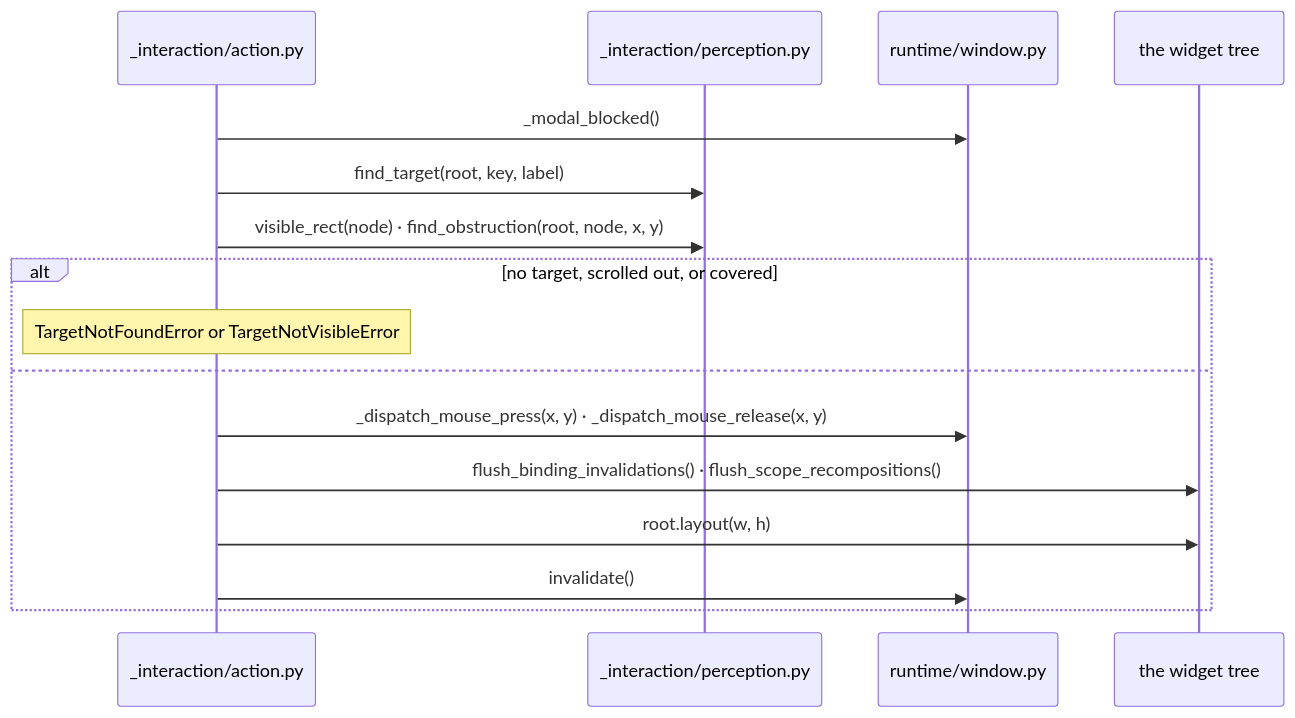
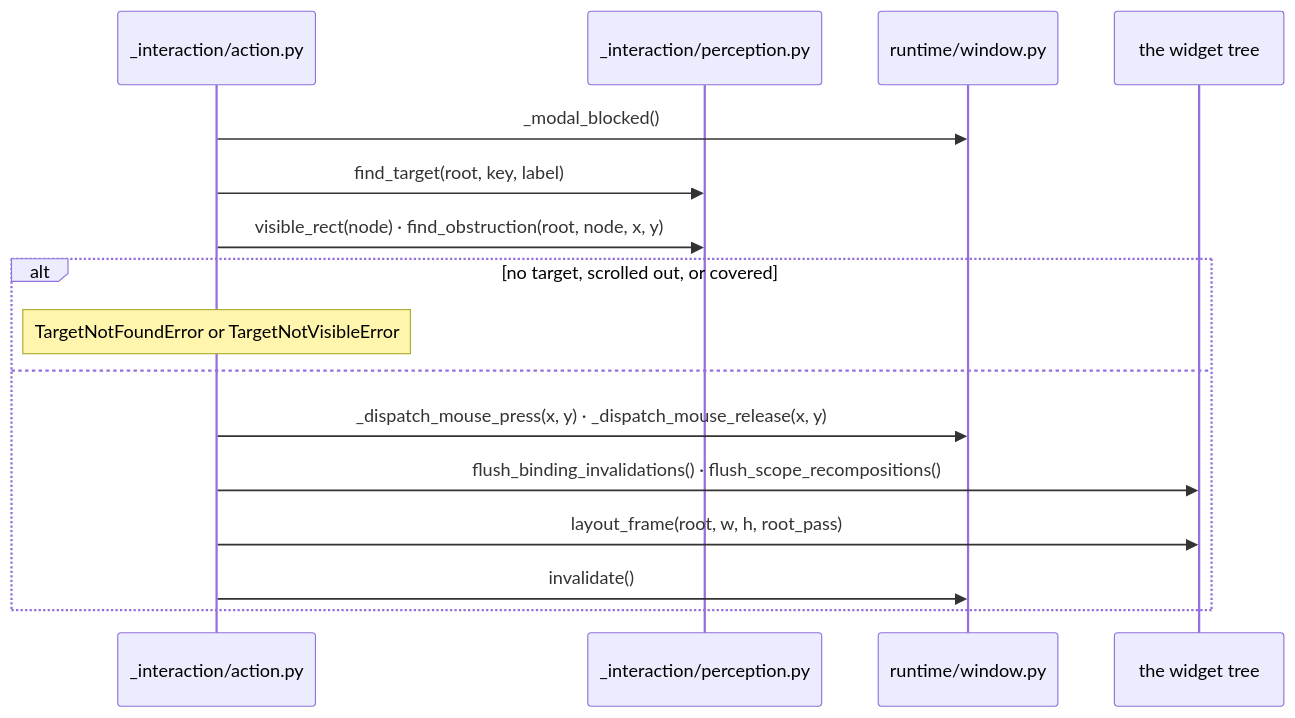
Before and after one commit to yuksblog/nuiitivet: the fifth of 7 diagrams in docs/design/DEV_BRIDGE.md, drawn with Mermaid. The commit also changed other lines of this file and 18 other files, not shown here.

First line of the commit message:
fix(layout): stop a late frame from blanking the window

````diff
--- a/docs/design/DEV_BRIDGE.md
+++ b/docs/design/DEV_BRIDGE.md
@@ -161,19 +161,19 @@
 ```mermaid
 sequenceDiagram
     participant A as _interaction/action.py
     participant P as _interaction/perception.py
     participant W as runtime/window.py
     participant T as the widget tree
 
     A->>W: _modal_blocked()
     A->>P: find_target(root, key, label)
     A->>P: visible_rect(node) · find_obstruction(root, node, x, y)
     alt no target, scrolled out, or covered
         Note over A: TargetNotFoundError or TargetNotVisibleError
     else
         A->>W: _dispatch_mouse_press(x, y) · _dispatch_mouse_release(x, y)
         A->>T: flush_binding_invalidations() · flush_scope_recompositions()
-        A->>T: root.layout(w, h)
+        A->>T: layout_frame(root, w, h, root_pass)
         A->>W: invalidate()
     end
 ```
````
